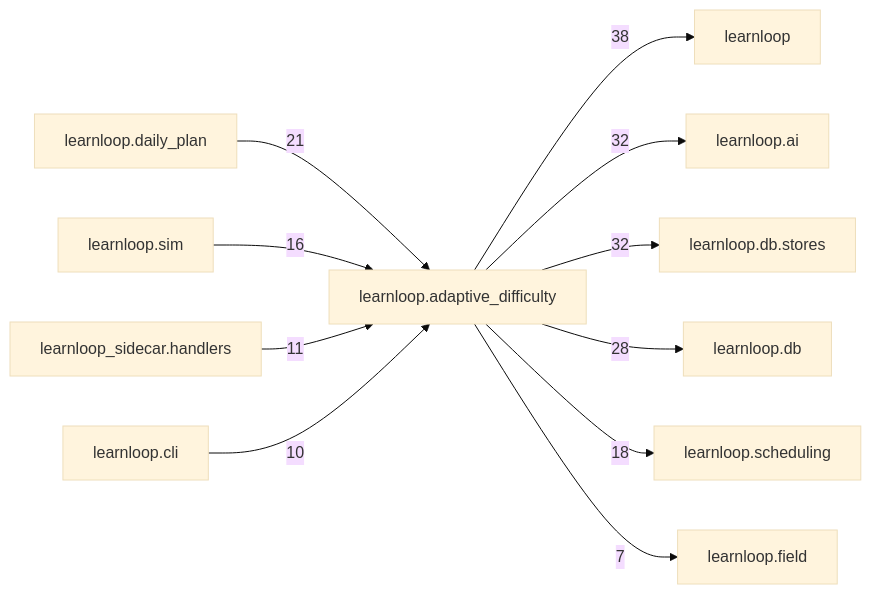
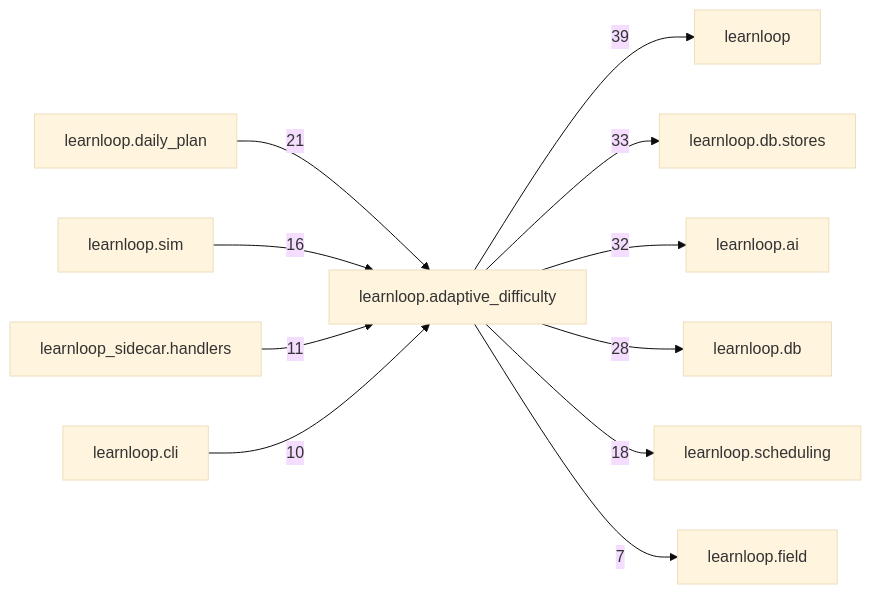
The diagram in docs/learnloop-architecture-vault/Reference/Modules/learnloop/adaptive_difficulty/_package.md (6up-b/learnanything), drawn with Mermaid (base theme) before and after one commit. The commit also changed other lines of this file and 37 other files, not shown here.

````diff
--- a/docs/learnloop-architecture-vault/Reference/Modules/learnloop/adaptive_difficulty/_package.md
+++ b/docs/learnloop-architecture-vault/Reference/Modules/learnloop/adaptive_difficulty/_package.md
@@ -190,24 +190,24 @@
 ```mermaid
 flowchart LR
     center["learnloop.adaptive_difficulty"]
     n_learnloop["learnloop"]
+    n_learnloop_db_stores["learnloop.db.stores"]
     n_learnloop_ai["learnloop.ai"]
-    n_learnloop_db_stores["learnloop.db.stores"]
     n_learnloop_db["learnloop.db"]
     n_learnloop_daily_plan["learnloop.daily_plan"]
     n_learnloop_scheduling["learnloop.scheduling"]
     n_learnloop_sim["learnloop.sim"]
     n_learnloop_sidecar_handlers["learnloop_sidecar.handlers"]
     n_learnloop_cli["learnloop.cli"]
     n_learnloop_field["learnloop.field"]
-    center -->|38| n_learnloop
+    center -->|39| n_learnloop
+    center -->|33| n_learnloop_db_stores
     center -->|32| n_learnloop_ai
-    center -->|32| n_learnloop_db_stores
     center -->|28| n_learnloop_db
     n_learnloop_daily_plan -->|21| center
     center -->|18| n_learnloop_scheduling
     n_learnloop_sim -->|16| center
     n_learnloop_sidecar_handlers -->|11| center
     n_learnloop_cli -->|10| center
     center -->|7| n_learnloop_field
 ```
````
